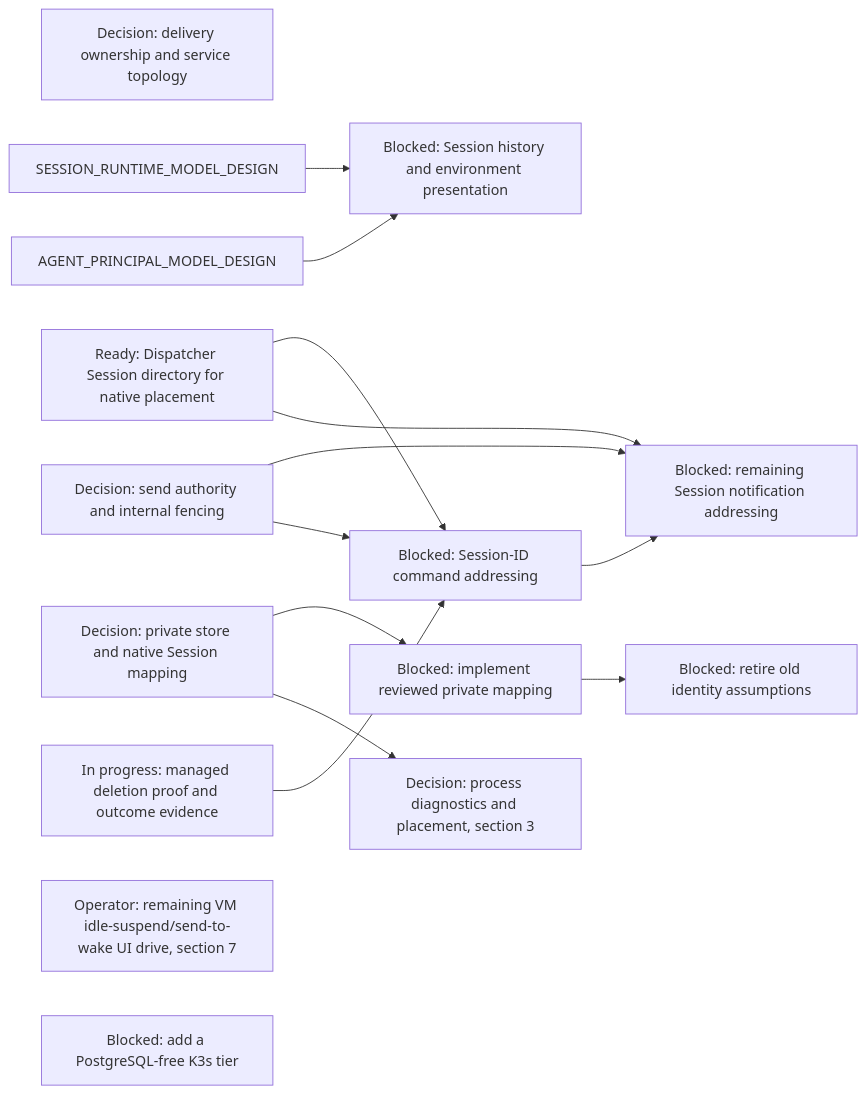
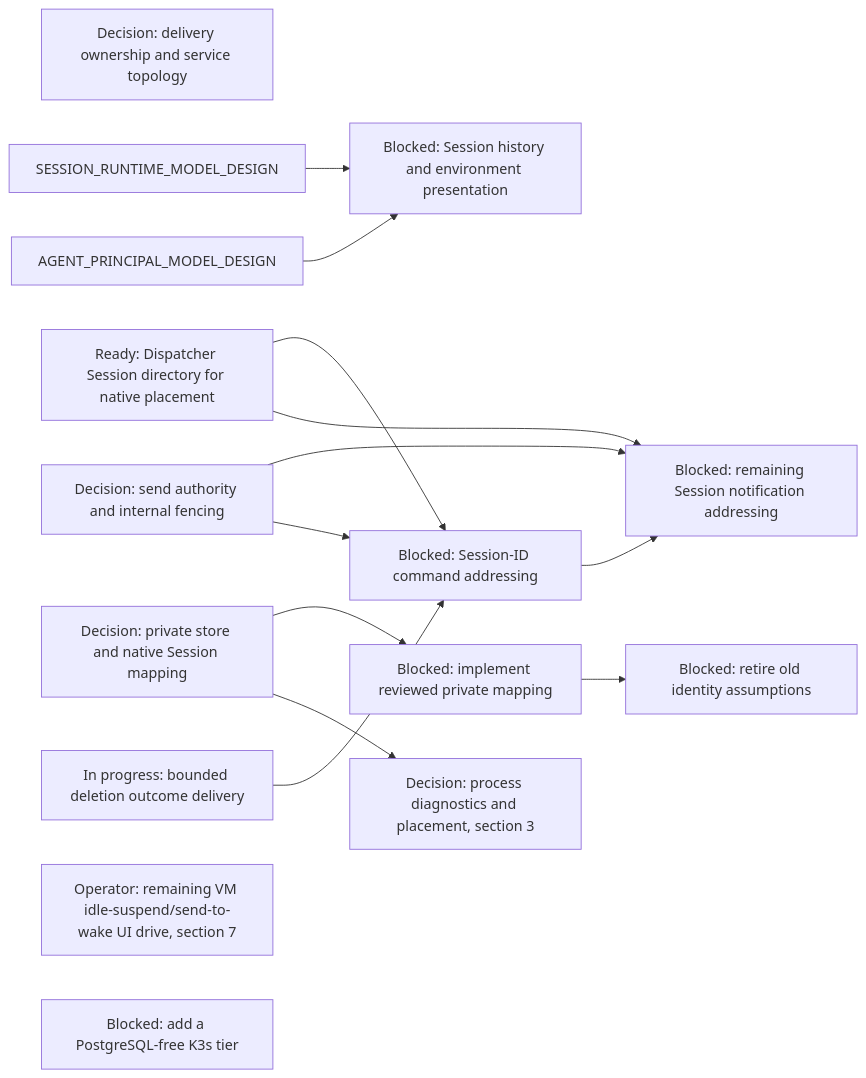
Before and after one commit to agentydragon/ducktape: diagram 14 of 17 in agentplane/plans/task_dag.md, drawn with Mermaid. The commit also changed other lines of this file and 2 other files, not shown here.

Commit message:
Record covered deletion fence and retain bounded outcome decisions

````diff
--- a/agentplane/plans/task_dag.md
+++ b/agentplane/plans/task_dag.md
@@ -2054,27 +2054,27 @@
 ```mermaid
 flowchart LR
     DISPATCHER_PERSISTENCE_MODEL_DESIGN[Decision: delivery ownership and service topology]
     SESSION_DIRECTORY_NATIVE[Ready: Dispatcher Session directory for native placement]
     DELIVERY_DESTINATION_AUTHORITY_DESIGN[Decision: send authority and internal fencing]
-    SESSION_DELETION_FENCE[In progress: managed deletion proof and outcome evidence]
+    SESSION_DELETION_FENCE[In progress: bounded deletion outcome delivery]
     DELIVERY_DESTINATION_CONTRACT[Blocked: Session-ID command addressing]
     SESSION_NOTIFICATION_ADDRESS[Blocked: remaining Session notification addressing]
     SESSION_HISTORY_PRESENTATION[Blocked: Session history and environment presentation]
     SESSION_DIRECTORY_NATIVE --> DELIVERY_DESTINATION_CONTRACT
     SESSION_DIRECTORY_NATIVE --> SESSION_NOTIFICATION_ADDRESS
     DELIVERY_DESTINATION_AUTHORITY_DESIGN --> SESSION_NOTIFICATION_ADDRESS
     DELIVERY_DESTINATION_CONTRACT --> SESSION_NOTIFICATION_ADDRESS
     SESSION_RUNTIME_MODEL_DESIGN --> SESSION_HISTORY_PRESENTATION
     AGENT_PRINCIPAL_MODEL_DESIGN --> SESSION_HISTORY_PRESENTATION
     HARNESS_IDENTITY_DESIGN[Decision: private store and native Session mapping]
     RUNNER_STORE_SESSION_IDENTITY[Blocked: implement reviewed private mapping]
     RUNNER_IDENTITY_LEGACY_CLEANUP[Blocked: retire old identity assumptions]
     IDLE_SUSPEND_UI_DRIVE[Operator: remaining VM idle-suspend/send-to-wake UI drive, section 7]
     RUNNER_HARNESS_OBJECTS_DESIGN[Decision: process diagnostics and placement, section 3]
     CNPG_FREE_K3S_INTEGRATION_TIER[Blocked: add a PostgreSQL-free K3s tier]
     DELIVERY_DESTINATION_AUTHORITY_DESIGN --> DELIVERY_DESTINATION_CONTRACT
     SESSION_DELETION_FENCE --> DELIVERY_DESTINATION_CONTRACT
     RUNNER_STORE_SESSION_IDENTITY --> RUNNER_IDENTITY_LEGACY_CLEANUP
     HARNESS_IDENTITY_DESIGN --> RUNNER_STORE_SESSION_IDENTITY
     HARNESS_IDENTITY_DESIGN --> RUNNER_HARNESS_OBJECTS_DESIGN
 ```
````
